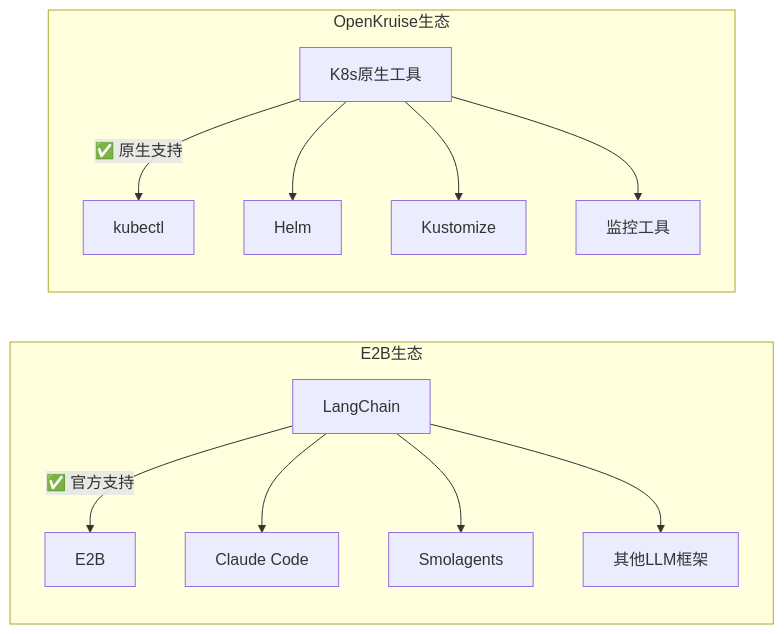
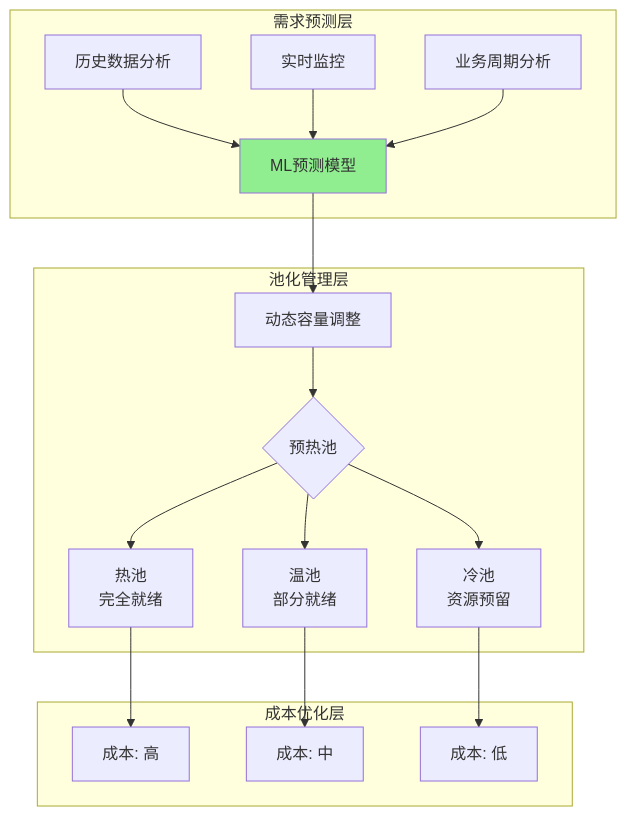
Before and after one commit to QJWang23/sandbox: the fourth of 20 diagrams in docs/superpowers/specs/2026-03-22-agent-sandbox-technical-roadmap.md, drawn with Mermaid. The commit also changed other lines of this file, not shown here.

First line of the commit message:
Update technical roadmap with production scenarios focus

````diff
--- a/docs/superpowers/specs/2026-03-22-agent-sandbox-technical-roadmap.md
+++ b/docs/superpowers/specs/2026-03-22-agent-sandbox-technical-roadmap.md
@@ -200,16 +151,24 @@
 ```mermaid
-graph LR
-    subgraph "E2B生态"
-        A[LangChain] -->|✅ 官方支持| B[E2B]
-        A --> C[Claude Code]
-        A --> D[Smolagents]
-        A --> E[其他LLM框架]
+graph TB
+    subgraph "需求预测层"
+        A[历史数据分析] --> B[ML预测模型]
+        C[实时监控] --> B
+        D[业务周期分析] --> B
     end
 
-    subgraph "OpenKruise生态"
-        F[K8s原生工具] -->|✅ 原生支持| G[kubectl]
-        F --> H[Helm]
-        F --> I[Kustomize]
-        F --> J[监控工具]
+    subgraph "池化管理层"
+        B --> E[动态容量调整]
+        E --> F{预热池}
+        F --> G[热池<br/>完全就绪]
+        F --> H[温池<br/>部分就绪]
+        F --> I[冷池<br/>资源预留]
     end
+
+    subgraph "成本优化层"
+        G --> J[成本: 高]
+        H --> K[成本: 中]
+        I --> L[成本: 低]
+    end
+
+    style B fill:#90EE90
 ```
````
